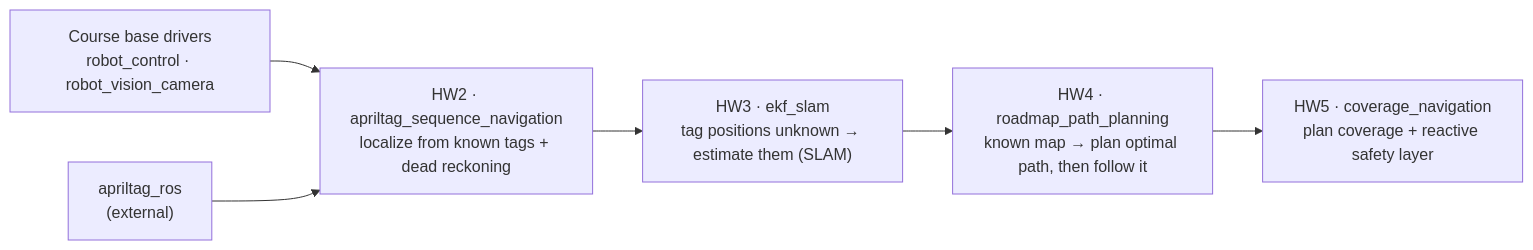
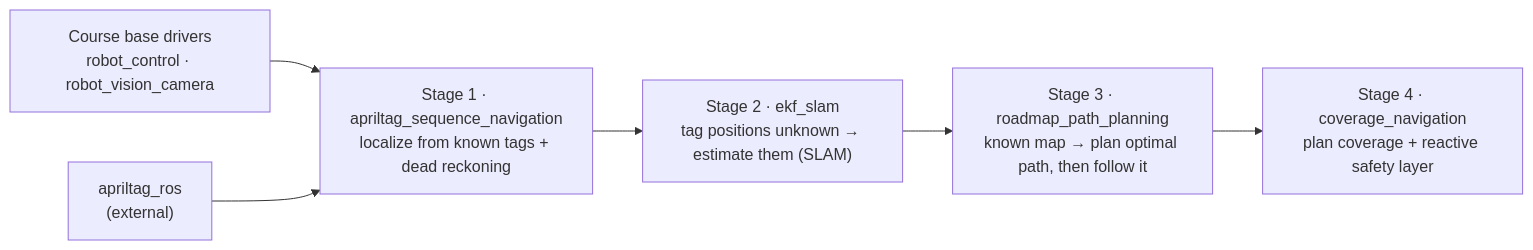
Before and after one commit to sergimarsol/ROS2-EKF-SLAM-Path-Planning: the diagram in README.md, drawn with Mermaid. The commit also changed other lines of this file and 15 other files, not shown here.

````diff
--- a/README.md
+++ b/README.md
@@ -30,9 +30,9 @@
 ```mermaid
 flowchart LR
     D["Course base drivers<br/>robot_control · robot_vision_camera"] --> H2
     A["apriltag_ros<br/>(external)"] --> H2
-    H2["HW2 · apriltag_sequence_navigation<br/>localize from known tags + dead reckoning"] --> H3
-    H3["HW3 · ekf_slam<br/>tag positions unknown → estimate them (SLAM)"] --> H4
-    H4["HW4 · roadmap_path_planning<br/>known map → plan optimal path, then follow it"] --> H5
-    H5["HW5 · coverage_navigation<br/>plan coverage + reactive safety layer"]
+    H2["Stage 1 · apriltag_sequence_navigation<br/>localize from known tags + dead reckoning"] --> H3
+    H3["Stage 2 · ekf_slam<br/>tag positions unknown → estimate them (SLAM)"] --> H4
+    H4["Stage 3 · roadmap_path_planning<br/>known map → plan optimal path, then follow it"] --> H5
+    H5["Stage 4 · coverage_navigation<br/>plan coverage + reactive safety layer"]
 ```
````
